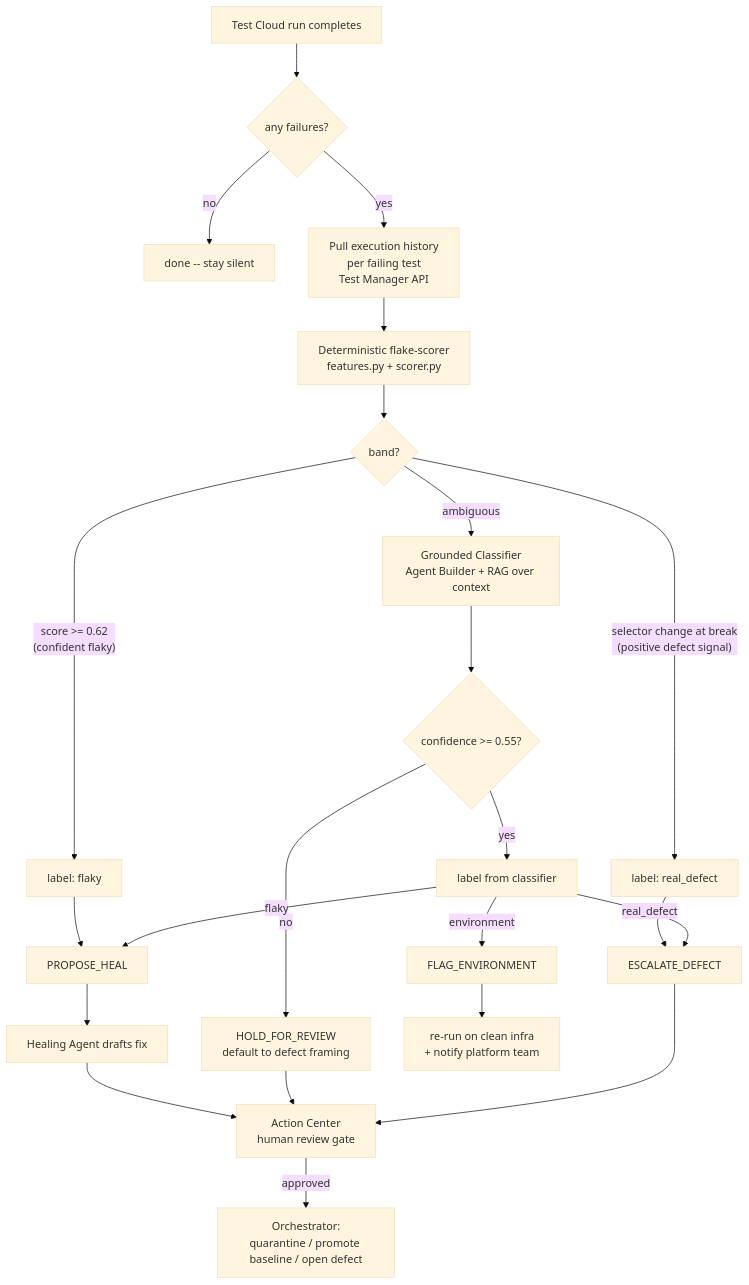
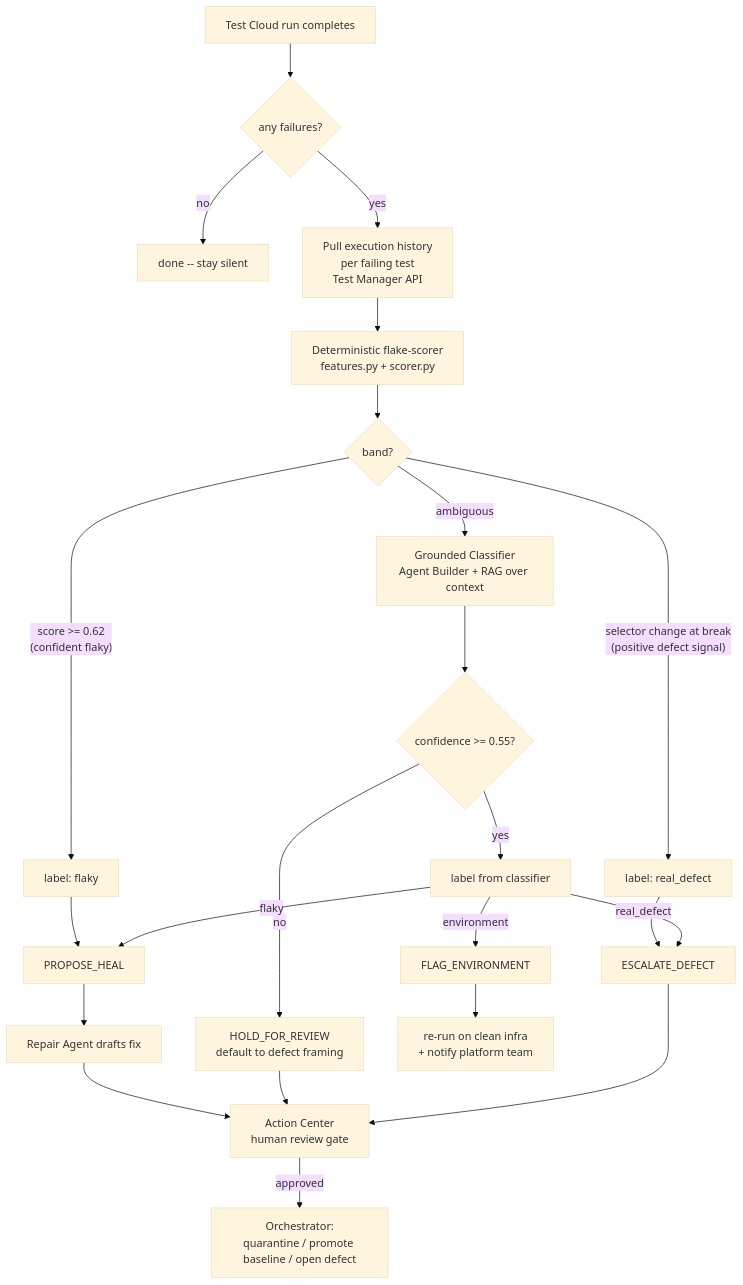
Before and after one commit to JonathanSolvesProblems/flakewarden: the diagram in ARCHITECTURE.md, drawn with Mermaid (base theme). The commit also changed other lines of this file and 21 other files, not shown here.

````diff
--- a/ARCHITECTURE.md
+++ b/ARCHITECTURE.md
@@ -21,25 +22,25 @@
 ```mermaid
 flowchart TD
     A[Test Cloud run completes] --> B{any failures?}
     B -- no --> Z[done -- stay silent]
     B -- yes --> C[Pull execution history<br/>per failing test<br/>Test Manager API]
     C --> D[Deterministic flake-scorer<br/>features.py + scorer.py]
     D --> E{band?}
     E -- "score >= 0.62<br/>(confident flaky)" --> F[label: flaky]
     E -- "selector change at break<br/>(positive defect signal)" --> G[label: real_defect]
     E -- "ambiguous" --> H[Grounded Classifier<br/>Agent Builder + RAG over context]
     H --> I{confidence >= 0.55?}
     I -- no --> J[HOLD_FOR_REVIEW<br/>default to defect framing]
     I -- yes --> K[label from classifier]
     F --> L[PROPOSE_HEAL]
     G --> M[ESCALATE_DEFECT]
     K -->|flaky| L
     K -->|environment| N[FLAG_ENVIRONMENT]
     K -->|real_defect| M
-    L --> O[Healing Agent drafts fix]
+    L --> O[Repair Agent drafts fix]
     O --> P[Action Center<br/>human review gate]
     J --> P
     M --> P
     P -->|approved| Q[Orchestrator:<br/>quarantine / promote baseline / open defect]
     N --> R[re-run on clean infra<br/>+ notify platform team]
 ```
````
